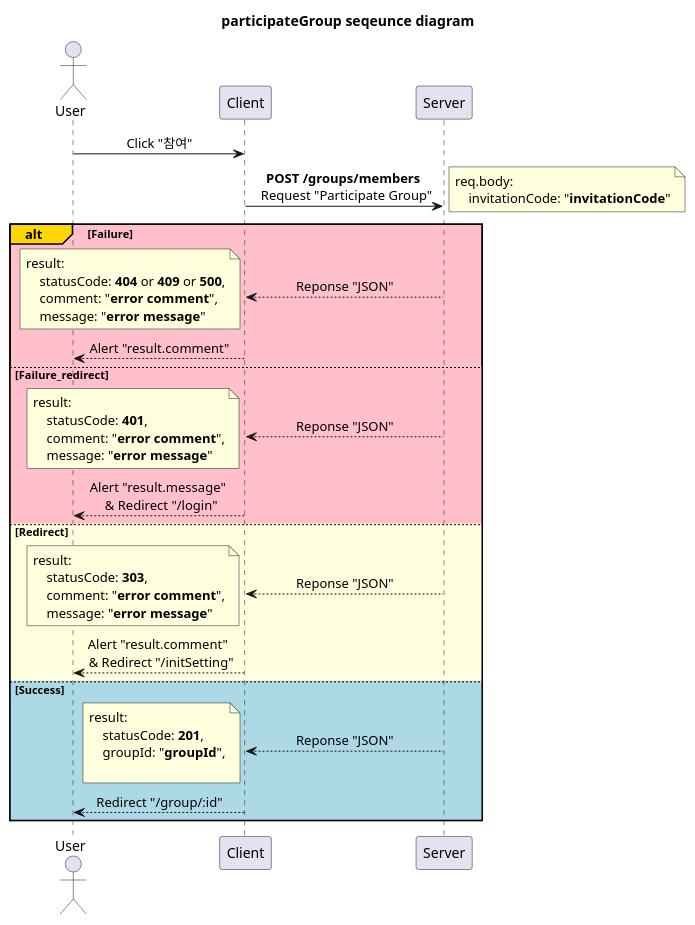
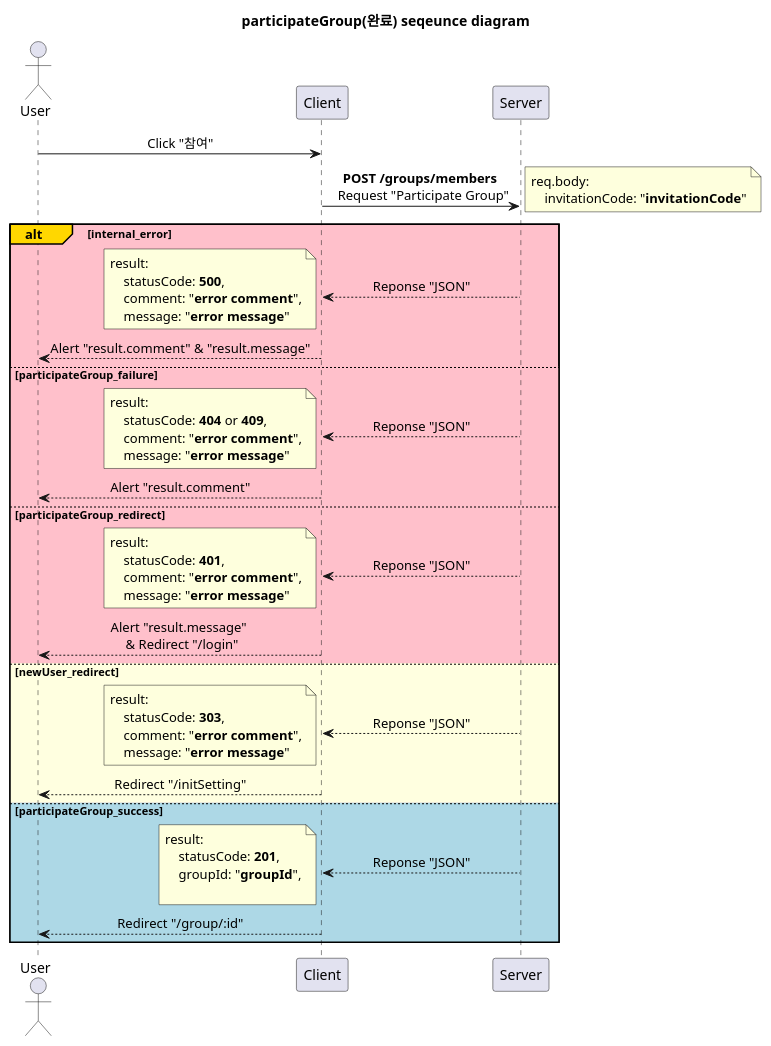
One commit to devSeungBin/SSCS changed the diagram in diagram/userHome_page/participateGroup.puml. Above: the diagram before and after it, drawn with PlantUML. The commit also changed 14 other files, not shown here.

```diff
--- a/diagram/userHome_page/participateGroup.puml
+++ b/diagram/userHome_page/participateGroup.puml
@@ -1,62 +1,72 @@
-@startuml participateGroup
+@startuml participateGroup(완료)
 'http://localhost:3000/userHome
 
-title participateGroup seqeunce diagram
+title participateGroup(완료) seqeunce diagram
 
 skinparam SequenceMessageAlignment center
 
 participant Server order 30
 participant Client order 20
 actor User order 10
 
 User -> Client: Click "참여"
 
 Client -> Server: **POST /groups/members** \n Request "Participate Group"
 note right
     req.body:
         invitationCode: "**invitationCode**"
 end note
 
-alt#Gold #Pink Failure
+alt#Gold #Pink internal_error
     Client <-- Server: Reponse "JSON"
     note left
         result:
-            statusCode: **404** or **409** or **500**,
+            statusCode: **500**,
+            comment: "**error comment**",
+            message: "**error message**"
+    end note
+    User <-- Client: Alert "result.comment" & "result.message"
+
+else #Pink participateGroup_failure
+    Client <-- Server: Reponse "JSON"
+    note left
+        result:
+            statusCode: **404** or **409**,
             comment: "**error comment**",
             message: "**error message**"
     end note
     User <-- Client: Alert "result.comment"
 
-else #Pink Failure_redirect
+else #Pink participateGroup_redirect
     Client <-- Server: Reponse "JSON"
     note left
         result:
             statusCode: **401**,
             comment: "**error comment**",
             message: "**error message**"
     end note
     User <-- Client: Alert "result.message" \n & Redirect "/login"
 
-else #LightYellow Redirect
+else #LightYellow newUser_redirect
     Client <-- Server: Reponse "JSON"
     note left
         result:
             statusCode: **303**,
             comment: "**error comment**",
             message: "**error message**"
     end note
-    User <-- Client: Alert "result.comment" \n & Redirect "/initSetting"
+    User <-- Client: Redirect "/initSetting"
 
-else #LightBlue Success
+else #LightBlue participateGroup_success
     Client <-- Server: Reponse "JSON"
     note left
         result:
             statusCode: **201**,
             groupId: "**groupId**",
 
     end note
     User <-- Client: Redirect "/group/:id"
 
 end
 
 @enduml
```
